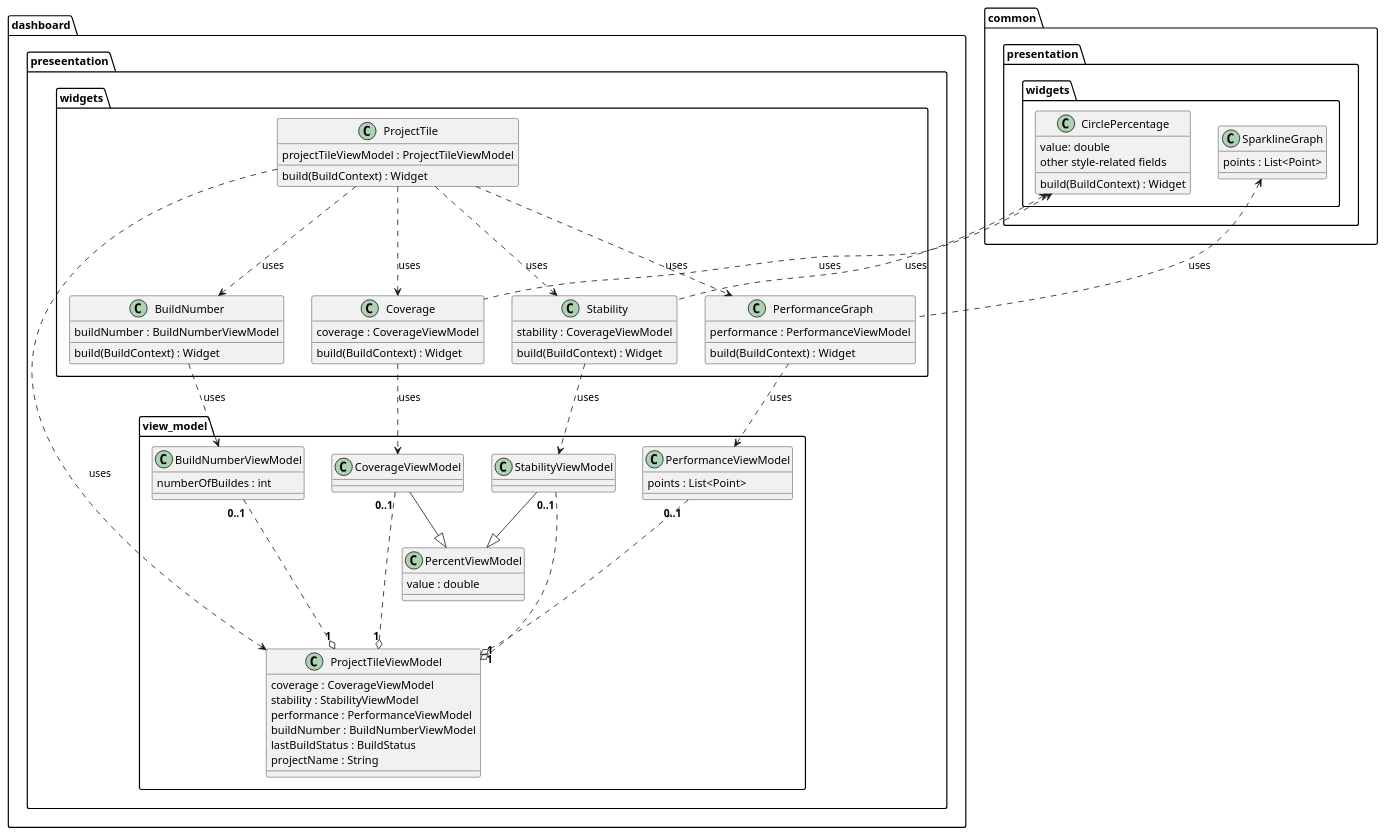
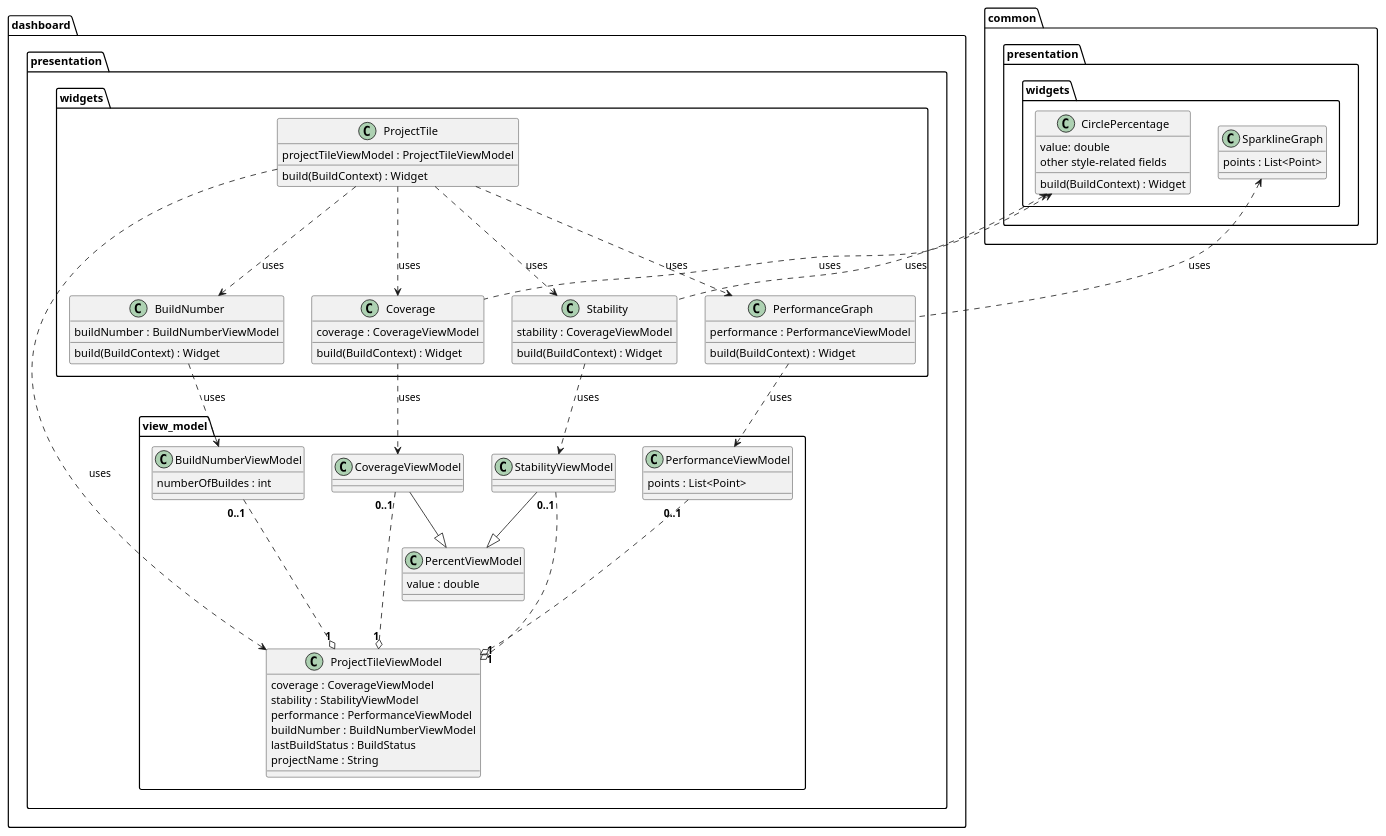
One commit to Flank/flank-dashboard changed the diagram in metrics/web/docs/diagrams/view_model_usage_class_diagram.puml. Above: the diagram before and after it, drawn with PlantUML. The commit also changed 3 other files, not shown here.

```diff
--- a/metrics/web/docs/diagrams/view_model_usage_class_diagram.puml
+++ b/metrics/web/docs/diagrams/view_model_usage_class_diagram.puml
@@ -1,94 +1,94 @@
 @startuml view_model_usage_diagram
 
-package dashboard.preseentation {
+package dashboard.presentation {
     package widgets {
         class ProjectTile {
             projectTileViewModel : ProjectTileViewModel
             build(BuildContext) : Widget
         }
 
         class Coverage {
             coverage : CoverageViewModel
             build(BuildContext) : Widget
         }
 
         class Stability {
             stability : CoverageViewModel
             build(BuildContext) : Widget
         }
 
         class BuildNumber {
             buildNumber : BuildNumberViewModel
             build(BuildContext) : Widget
         }
 
         class PerformanceGraph {
             performance : PerformanceViewModel
             build(BuildContext) : Widget
         }
     }
 
     package view_model {
         class ProjectTileViewModel {
             coverage : CoverageViewModel
             stability : StabilityViewModel
             performance : PerformanceViewModel
             buildNumber : BuildNumberViewModel
             lastBuildStatus : BuildStatus
             projectName : String
         }
 
         class PercentViewModel {
             value : double
         }
 
         class CoverageViewModel {}
 
         class StabilityViewModel {}
 
         class PerformanceViewModel {
             points : List<Point>
         }
 
         class BuildNumberViewModel {
             numberOfBuildes : int
         }
     }
 }
 
 package common.presentation.widgets {
     class CirclePercentage {
         value: double
         other style-related fields
         build(BuildContext) : Widget
     }
 
     class SparklineGraph {
         points : List<Point>
     }
 }
 
 CoverageViewModel --|> PercentViewModel
 StabilityViewModel --|> PercentViewModel
 
 ProjectTileViewModel "**1**" o.up.. "**0..1**" BuildNumberViewModel
 ProjectTileViewModel "**1**" o.up.. "**0..1**" PerformanceViewModel
 ProjectTileViewModel "**1**" o.up.. "**0..1**" CoverageViewModel
 ProjectTileViewModel "**1**" o.up.. "**0..1**" StabilityViewModel
 
 ProjectTile ..> Coverage : uses
 ProjectTile ..> Stability : uses
 ProjectTile ..> BuildNumber : uses
 ProjectTile ..> PerformanceGraph : uses
 
 PerformanceGraph .up.> SparklineGraph : uses
 Coverage .up.> CirclePercentage : uses
 Stability .up.> CirclePercentage : uses
 
 ProjectTile ..> ProjectTileViewModel : uses
 Coverage ..> CoverageViewModel : uses
 Stability ..> StabilityViewModel : uses
 BuildNumber ..> BuildNumberViewModel : uses
 PerformanceGraph ..> PerformanceViewModel : uses
 
 @enduml
```
